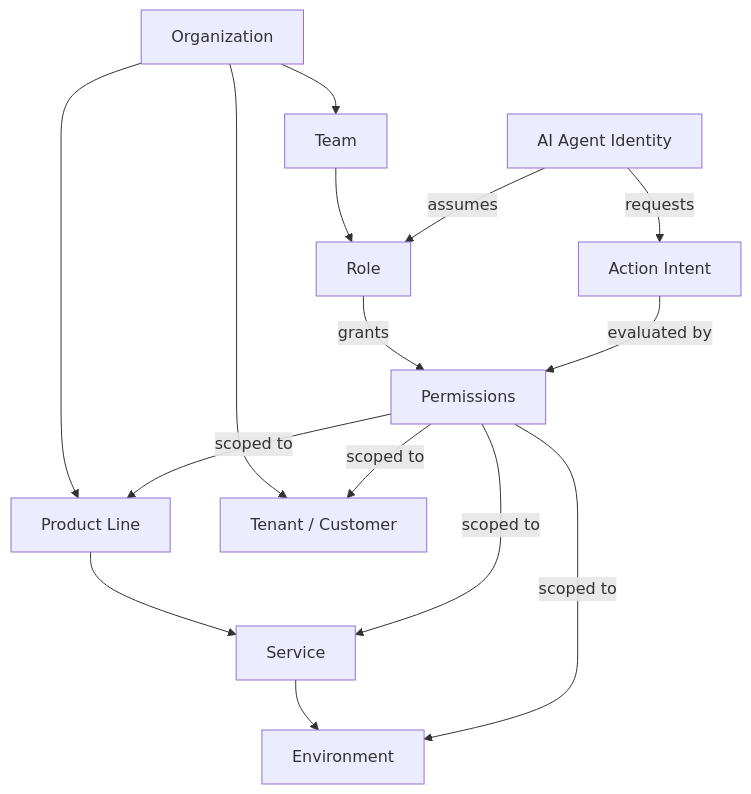
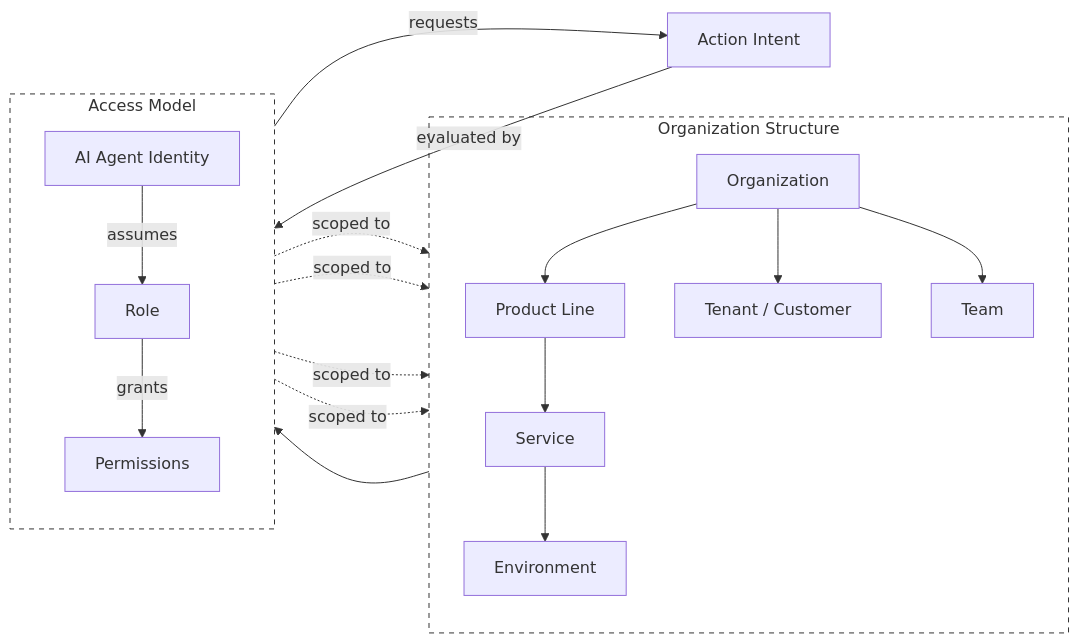
One commit to relicta-tech/relicta-site changed the fourth of 5 diagrams in src/content/blog/why-ai-agents-need-permission.mdx. Above: the diagram before and after it, drawn with Mermaid. The commit also changed 1 other file, not shown here.

Commit message:
fix(ui): refactor permission diagram layout and fix modal zoom scaling

````diff
--- a/src/content/blog/why-ai-agents-need-permission.mdx
+++ b/src/content/blog/why-ai-agents-need-permission.mdx
@@ -245,19 +245,29 @@
 ```mermaid
-graph TB
-  Org[Organization] --> PL[Product Line]
-  PL --> SVC[Service]
-  SVC --> ENV[Environment]
-  Org --> TEN[Tenant / Customer]
-  Org --> TEAM[Team]
-  TEAM --> ROLE[Role]
+flowchart LR
+    subgraph OrgStructure [Organization Structure]
+        direction TB
+        Org[Organization] --> PL[Product Line]
+        PL --> SVC[Service]
+        SVC --> ENV[Environment]
+        Org --> TEN[Tenant / Customer]
+        Org --> TEAM[Team]
+    end
 
-  ROLE -->|grants| PERM[Permissions]
-  PERM -->|scoped to| PL
-  PERM -->|scoped to| SVC
-  PERM -->|scoped to| ENV
-  PERM -->|scoped to| TEN
+    subgraph AccessModel [Access Model]
+        direction TB
+        TEAM --> ROLE[Role]
+        ROLE -->|grants| PERM[Permissions]
+        Agent[AI Agent Identity] -->|assumes| ROLE
+    end
 
-  Agent[AI Agent Identity] -->|assumes| ROLE
-  Agent -->|requests| ACT[Action Intent]
-  ACT -->|evaluated by| PERM
+    PERM -.->|scoped to| PL
+    PERM -.->|scoped to| SVC
+    PERM -.->|scoped to| ENV
+    PERM -.->|scoped to| TEN
+
+    Agent -->|requests| ACT[Action Intent]
+    ACT -->|evaluated by| PERM
+
+    style OrgStructure fill:transparent,stroke:#333,stroke-dasharray: 5 5
+    style AccessModel fill:transparent,stroke:#333,stroke-dasharray: 5 5
 ```
````
